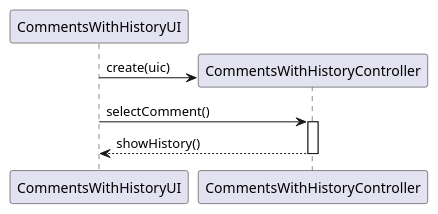
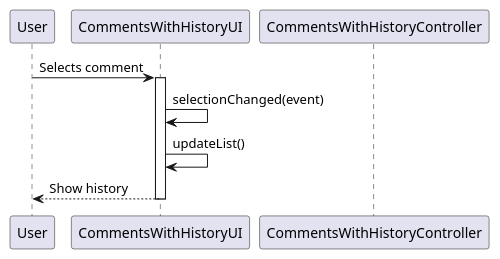
The diagram in src/main/java/lapr4/green/s2/core/n1150901/richCommentsAndHistory/domain/us8_design_2.puml (MikeTekOn/lapr4-2017-2dd), drawn with PlantUML before and after one commit. The commit also changed 4 other files, not shown here.

Commit message:
LAPR4E17DD-217 #resolve #time 4h #comment I've completed the design of this user story.

```diff
--- a/src/main/java/lapr4/green/s2/core/n1150901/richCommentsAndHistory/domain/us8_design_2.puml
+++ b/src/main/java/lapr4/green/s2/core/n1150901/richCommentsAndHistory/domain/us8_design_2.puml
@@ -1,14 +1,14 @@
 @startuml core02_03_design2.png
 
+    participant "User" as user
     participant "CommentsWithHistoryUI" as ui
     participant "CommentsWithHistoryController" as ctrl
     
-    create ctrl
-    ui -> ctrl : create(uic)
-
-    ui -> ctrl : selectComment()
-    activate ctrl
-    ui <-- ctrl : showHistory()
-    deactivate ctrl
+    user -> ui : Selects comment
+    activate ui
+    ui -> ui : selectionChanged(event)
+    ui -> ui : updateList()
+    user <-- ui : Show history
+    deactivate ui
 
 @enduml
```
